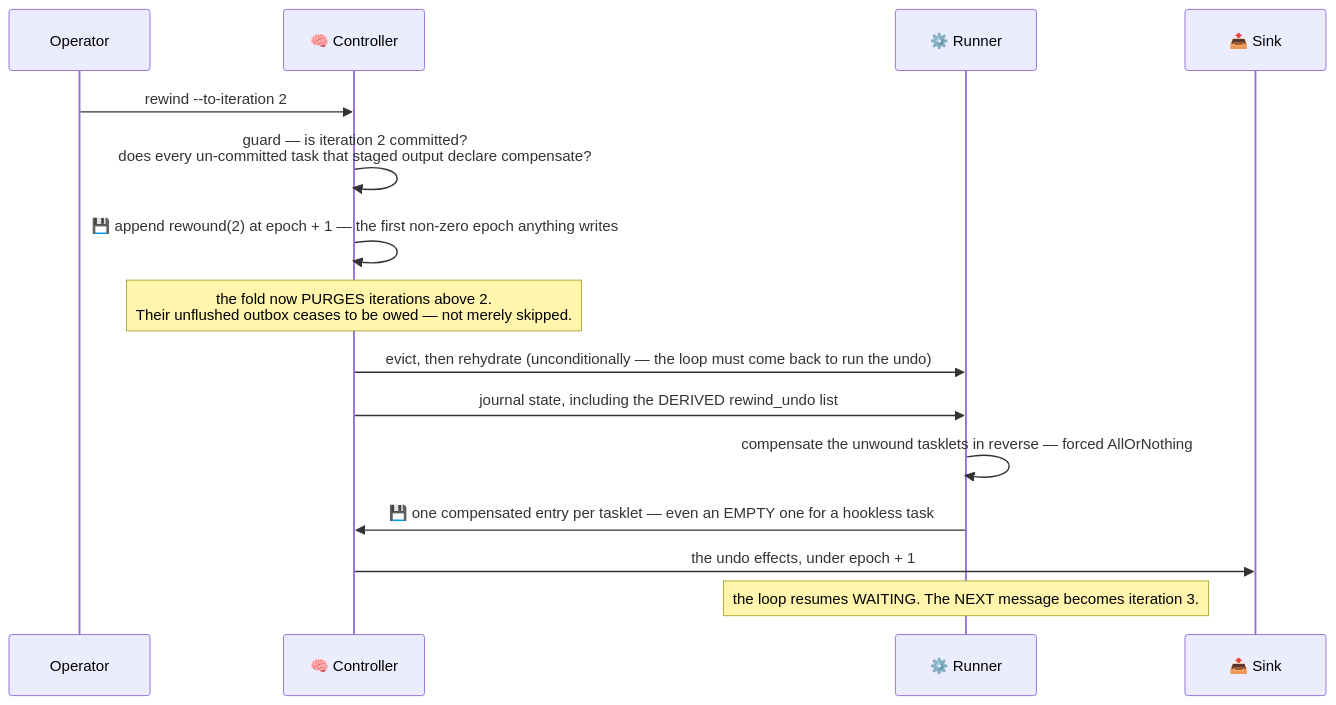
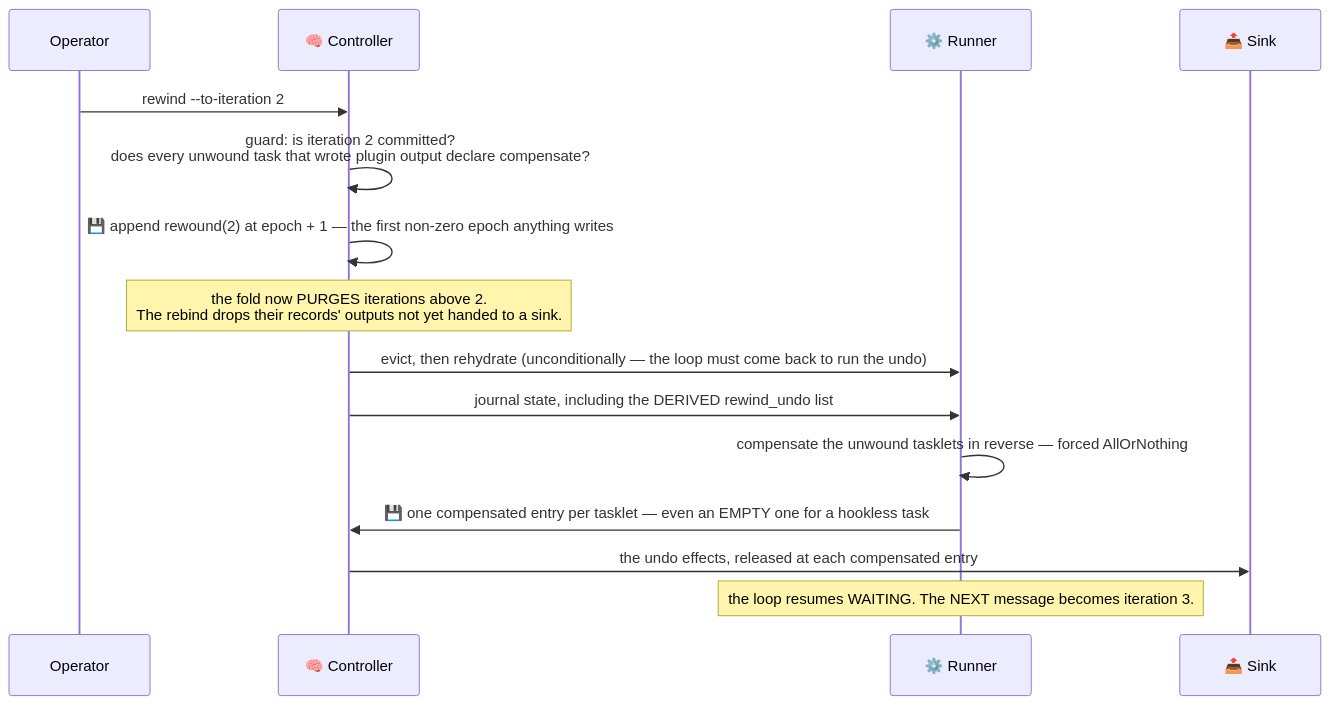
Before and after one commit to Flezha/flezha: the eighth of 8 diagrams in docs/architecture/workflow_profile.md, drawn with Mermaid. The commit also changed other lines of this file and 72 other files, not shown here.

````diff
--- a/docs/architecture/workflow_profile.md
+++ b/docs/architecture/workflow_profile.md
@@ -400,18 +416,18 @@
 ```mermaid
 sequenceDiagram
     participant OP as Operator
     participant CTRL as 🧠 Controller
     participant EX as ⚙️ Runner
     participant SINK as 📤 Sink
 
     OP->>CTRL: rewind --to-iteration 2
-    CTRL->>CTRL: guard — is iteration 2 committed?<br/>does every un-committed task that staged output declare compensate?
+    CTRL->>CTRL: guard: is iteration 2 committed?<br/>does every unwound task that wrote plugin output declare compensate?
     CTRL->>CTRL: 💾 append rewound(2) at epoch + 1 — the first non-zero epoch anything writes
-    Note over CTRL: the fold now PURGES iterations above 2.<br/>Their unflushed outbox ceases to be owed — not merely skipped.
+    Note over CTRL: the fold now PURGES iterations above 2.<br/>The rebind drops their records' outputs not yet handed to a sink.
     CTRL->>EX: evict, then rehydrate (unconditionally — the loop must come back to run the undo)
     CTRL->>EX: journal state, including the DERIVED rewind_undo list
     EX->>EX: compensate the unwound tasklets in reverse — forced AllOrNothing
     EX->>CTRL: 💾 one compensated entry per tasklet — even an EMPTY one for a hookless task
-    CTRL->>SINK: the undo effects, under epoch + 1
+    CTRL->>SINK: the undo effects, released at each compensated entry
     Note over EX: the loop resumes WAITING. The NEXT message becomes iteration 3.
 ```
````
